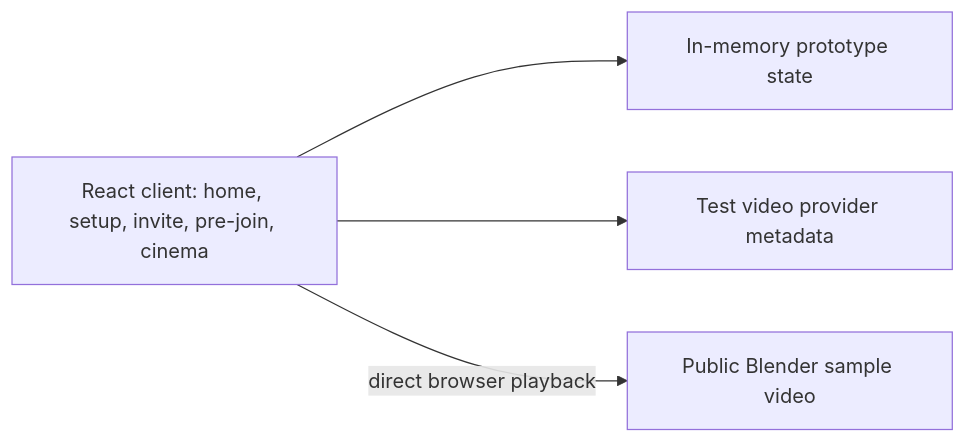
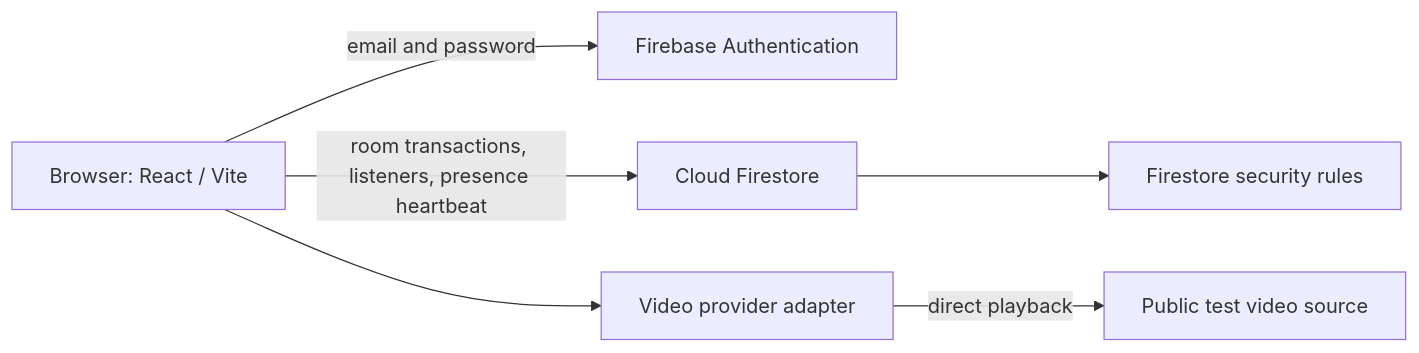
One commit to TenzinKalden8/WatchWith changed the first of 4 diagrams in ARCHITECTURE.md. Above: the diagram before and after it, drawn with Mermaid. The commit also changed other lines of this file and 19 other files, not shown here.

Commit message:
Add Firebase auth and secure cinema rooms

````diff
--- a/ARCHITECTURE.md
+++ b/ARCHITECTURE.md
@@ -5,10 +5,14 @@
 ```mermaid
 flowchart LR
-  UI[React client: home, setup, invite, pre-join, cinema]
-  State[In-memory prototype state]
-  Adapter[Test video provider metadata]
-  Sample[Public Blender sample video]
-  UI --> State
-  UI --> Adapter
-  UI -->|direct browser playback| Sample
+  U[Browser: React / Vite]
+  A[Firebase Authentication]
+  F[Cloud Firestore]
+  R[Firestore security rules]
+  P[Video provider adapter]
+  V[Public test video source]
+  U -->|email and password| A
+  U -->|room transactions, listeners, presence heartbeat| F
+  F --> R
+  U --> P
+  P -->|direct playback| V
 ```
````
